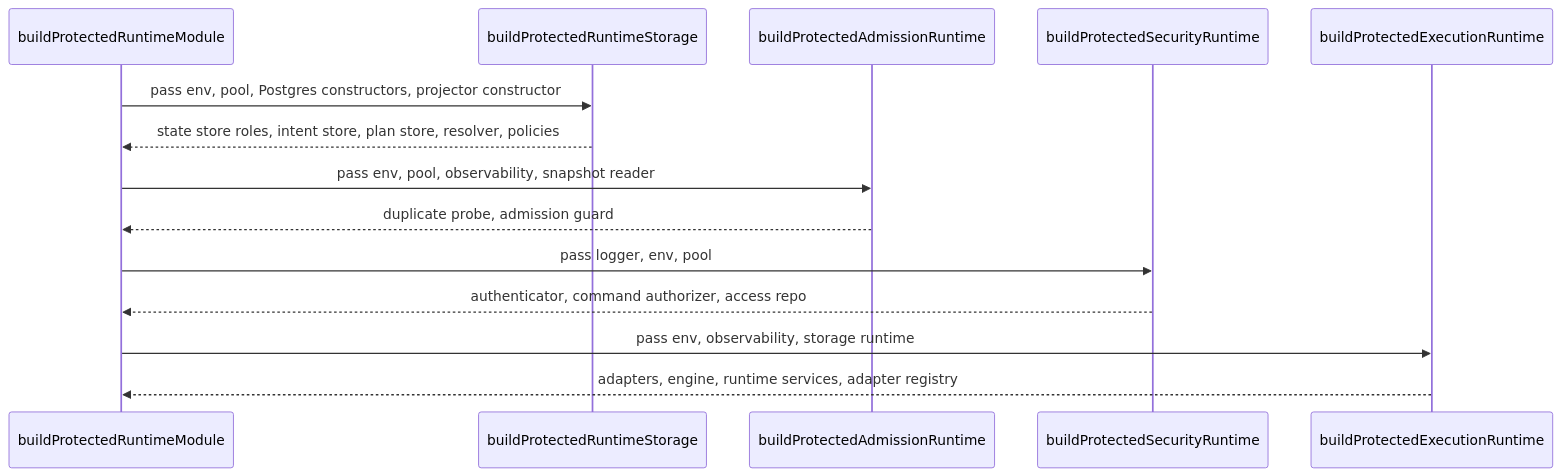
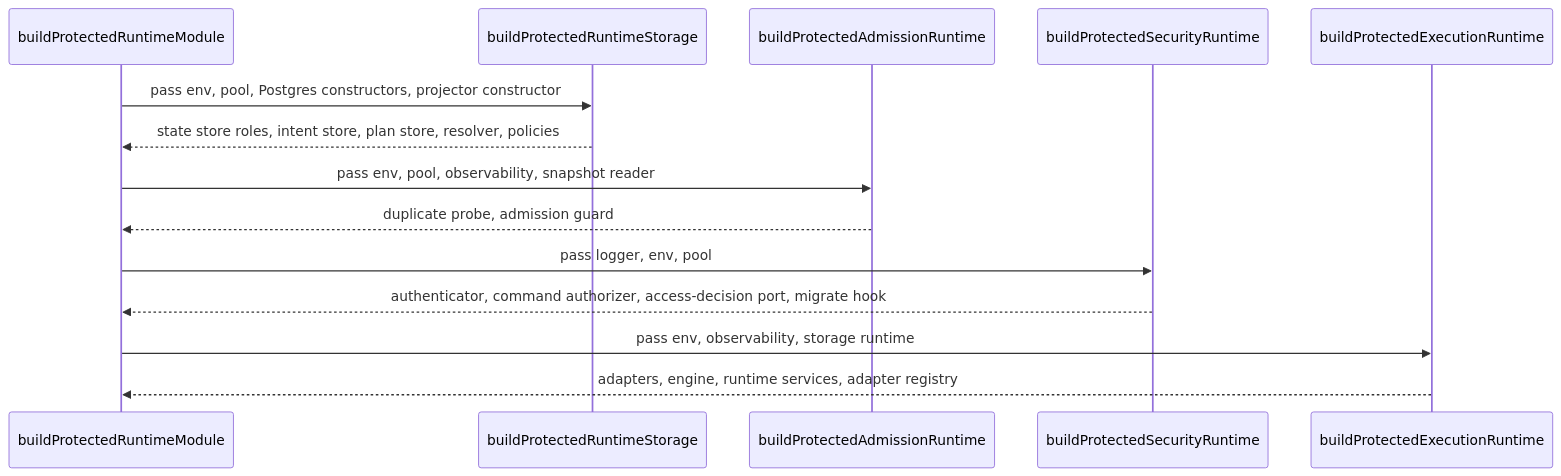
The second of 2 diagrams in apps/api/docs/protected-runtime-dependency-builders-component.md (dunay2/dvt), drawn with Mermaid before and after one commit. The commit also changed other lines of this file and 27 other files, not shown here.

Commit message:
fix(api): Extract embedded access decision service

````diff
--- a/apps/api/docs/protected-runtime-dependency-builders-component.md
+++ b/apps/api/docs/protected-runtime-dependency-builders-component.md
@@ -103,17 +104,17 @@
 ```mermaid
 sequenceDiagram
   participant Root as buildProtectedRuntimeModule
   participant Storage as buildProtectedRuntimeStorage
   participant Admission as buildProtectedAdmissionRuntime
   participant Security as buildProtectedSecurityRuntime
   participant Execution as buildProtectedExecutionRuntime
 
   Root->>Storage: pass env, pool, Postgres constructors, projector constructor
   Storage-->>Root: state store roles, intent store, plan store, resolver, policies
   Root->>Admission: pass env, pool, observability, snapshot reader
   Admission-->>Root: duplicate probe, admission guard
   Root->>Security: pass logger, env, pool
-  Security-->>Root: authenticator, command authorizer, access repo
+  Security-->>Root: authenticator, command authorizer, access-decision port, migrate hook
   Root->>Execution: pass env, observability, storage runtime
   Execution-->>Root: adapters, engine, runtime services, adapter registry
 ```
````
